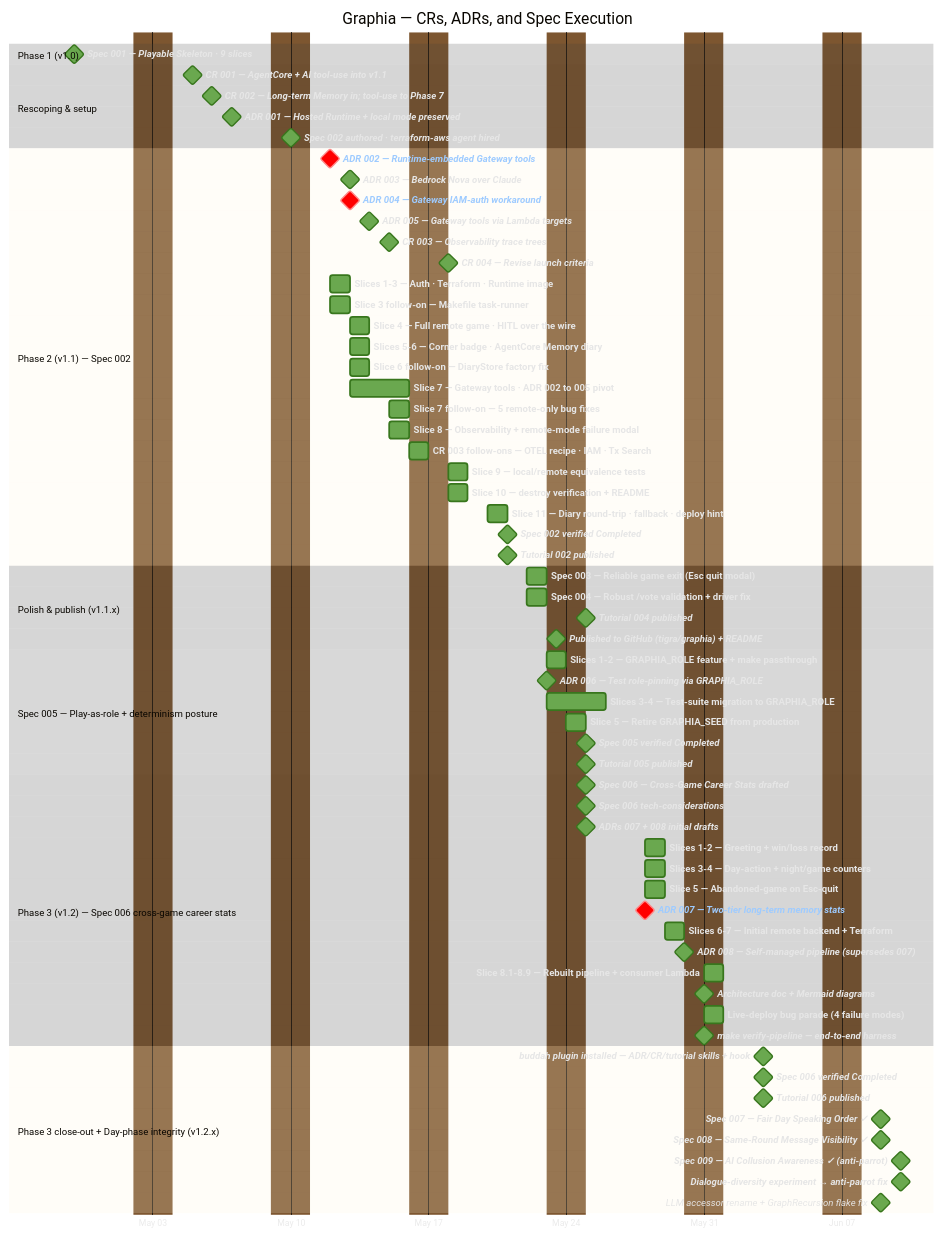
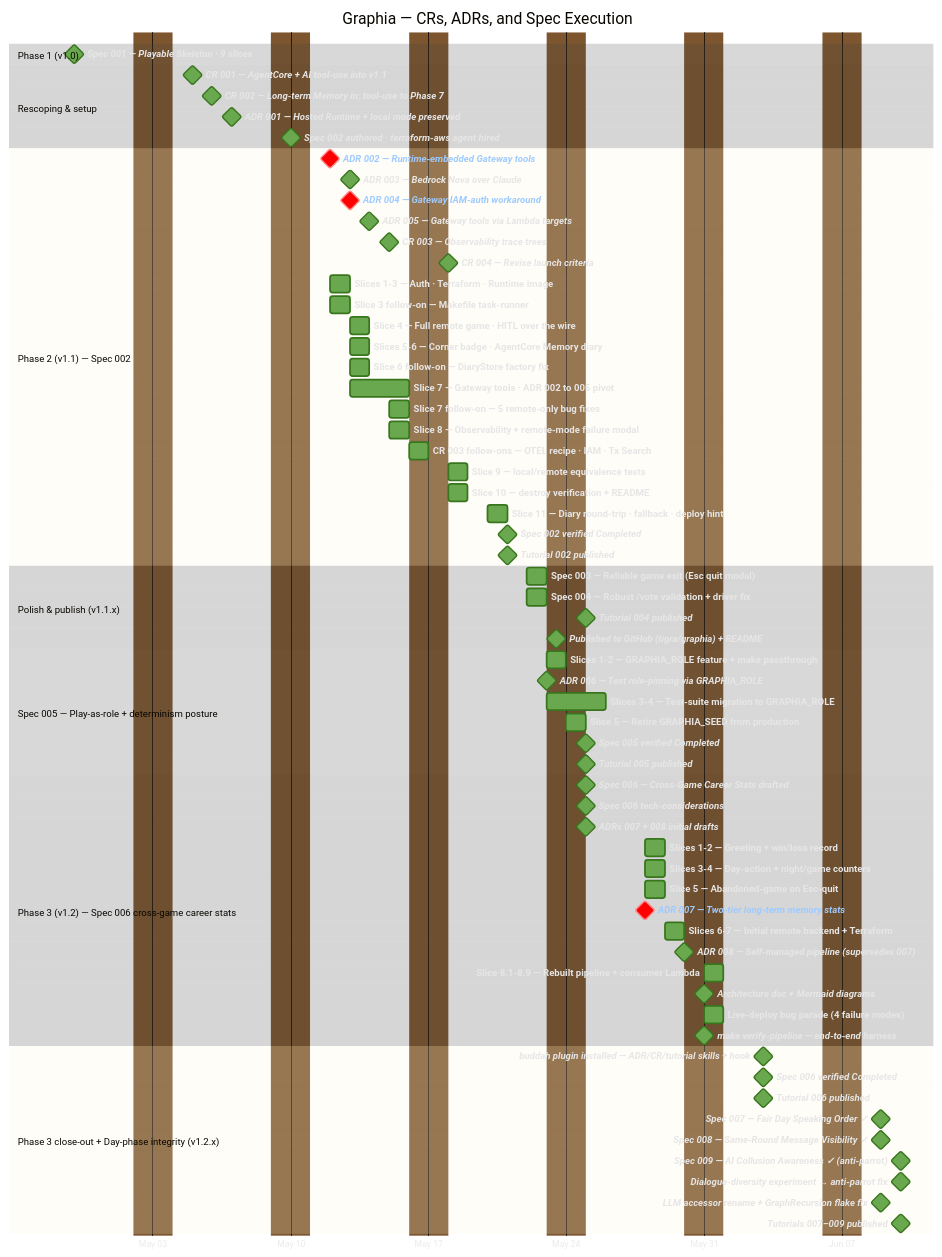
One commit to tigra/graphia changed the diagram in context/project-timeline.md. Above: the diagram before and after it, drawn with Mermaid. The commit also changed other lines of this file and 3 other files, not shown here.

First line of the commit message:
Tutorial 009 + timeline: the experiment behind the anti-parrot fix

````diff
--- a/context/project-timeline.md
+++ b/context/project-timeline.md
@@ -92,6 +92,7 @@
     Spec 009 — AI Collusion Awareness ✓ (anti-parrot)    :milestone, done, sp9, 2026-06-10, 0d
     Dialogue-diversity experiment → anti-parrot fix      :milestone, done, divexp, 2026-06-10, 0d
     LLM accessor rename + GraphRecursion flake fix       :milestone, done, fixday, 2026-06-09, 0d
+    Tutorials 007–009 published                          :milestone, done, tut789, 2026-06-10, 0d
 
     click sp1 href "https://github.com/tigra/graphia/tree/main/context/spec/001-playable-skeleton"
     click m1 href "https://github.com/tigra/graphia/blob/main/context/change-requests/001-agentcore-and-tools-in-scope.md"
@@ -148,4 +149,6 @@
     click sp8 href "https://github.com/tigra/graphia/tree/main/context/spec/008-same-round-message-visibility"
     click sp9 href "https://github.com/tigra/graphia/tree/main/context/spec/009-ai-collusion-awareness"
     click divexp href "https://github.com/tigra/graphia/blob/main/context/spec/009-ai-collusion-awareness/repetition-experiment-design.md"
+    click fixday href "https://github.com/tigra/graphia/commits/main"
+    click tut789 href "https://github.com/tigra/graphia/blob/main/context/tutorials/009-ai-collusion-awareness/tutorial.md"
 ```
````
